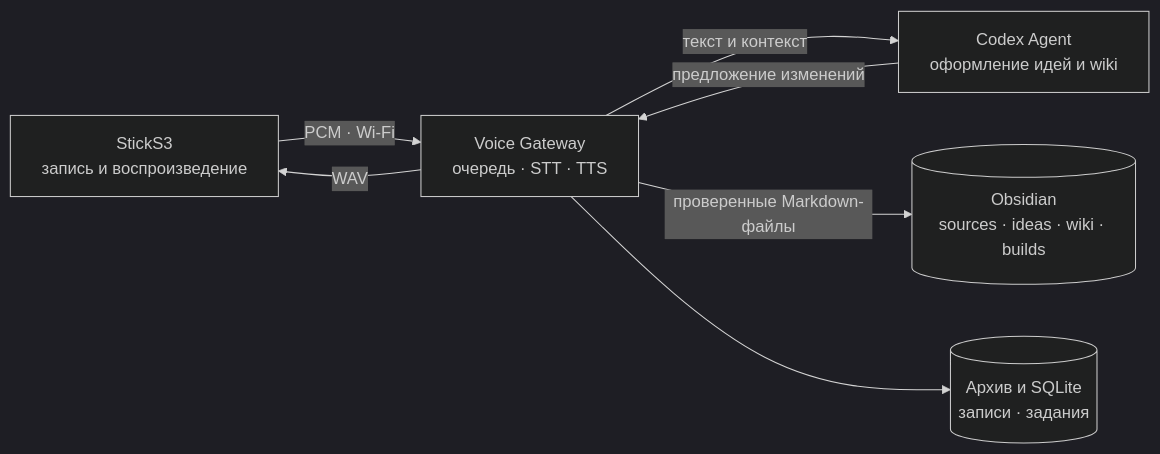
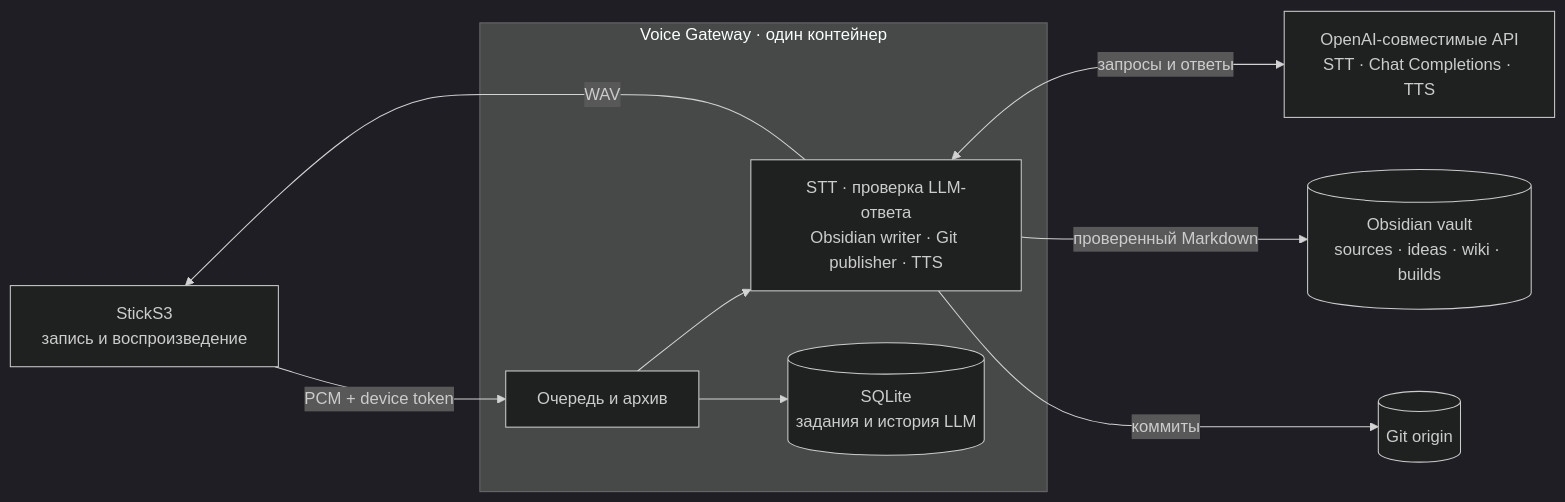
The first of 2 diagrams in docs/architecture.md (pastukhov/zateya), drawn with Mermaid (dark theme) before and after one commit. The commit also changed other lines of this file and 18 other files, not shown here.

Commit message:
docs: document OpenAI-compatible gateway deployment

````diff
--- a/docs/architecture.md
+++ b/docs/architecture.md
@@ -9,14 +9,19 @@
 ```mermaid
 flowchart LR
     D["StickS3<br/>запись и воспроизведение"]
-    G["Voice Gateway<br/>очередь · STT · TTS"]
-    C["Codex Agent<br/>оформление идей и wiki"]
-    O[("Obsidian<br/>sources · ideas · wiki · builds")]
-    A[("Архив и SQLite<br/>записи · задания")]
-    D -->|"PCM · Wi-Fi"| G
-    G -->|"текст и контекст"| C
-    C -->|"предложение изменений"| G
-    G -->|"проверенные Markdown-файлы"| O
-    G -->|"WAV"| D
-    G --> A
+    subgraph G["Voice Gateway · один контейнер"]
+      Q["Очередь и архив"]
+      W["STT · проверка LLM-ответа<br/>Obsidian writer · Git publisher · TTS"]
+      DB[("SQLite<br/>задания и история LLM")]
+      Q --> W
+      Q --> DB
+    end
+    P["OpenAI-совместимые API<br/>STT · Chat Completions · TTS"]
+    O[("Obsidian vault<br/>sources · ideas · wiki · builds")]
+    R[("Git origin")]
+    D -->|"PCM + device token"| Q
+    W <-->|"запросы и ответы"| P
+    W -->|"проверенный Markdown"| O
+    W -->|"коммиты"| R
+    W -->|"WAV"| D
 ```
````
